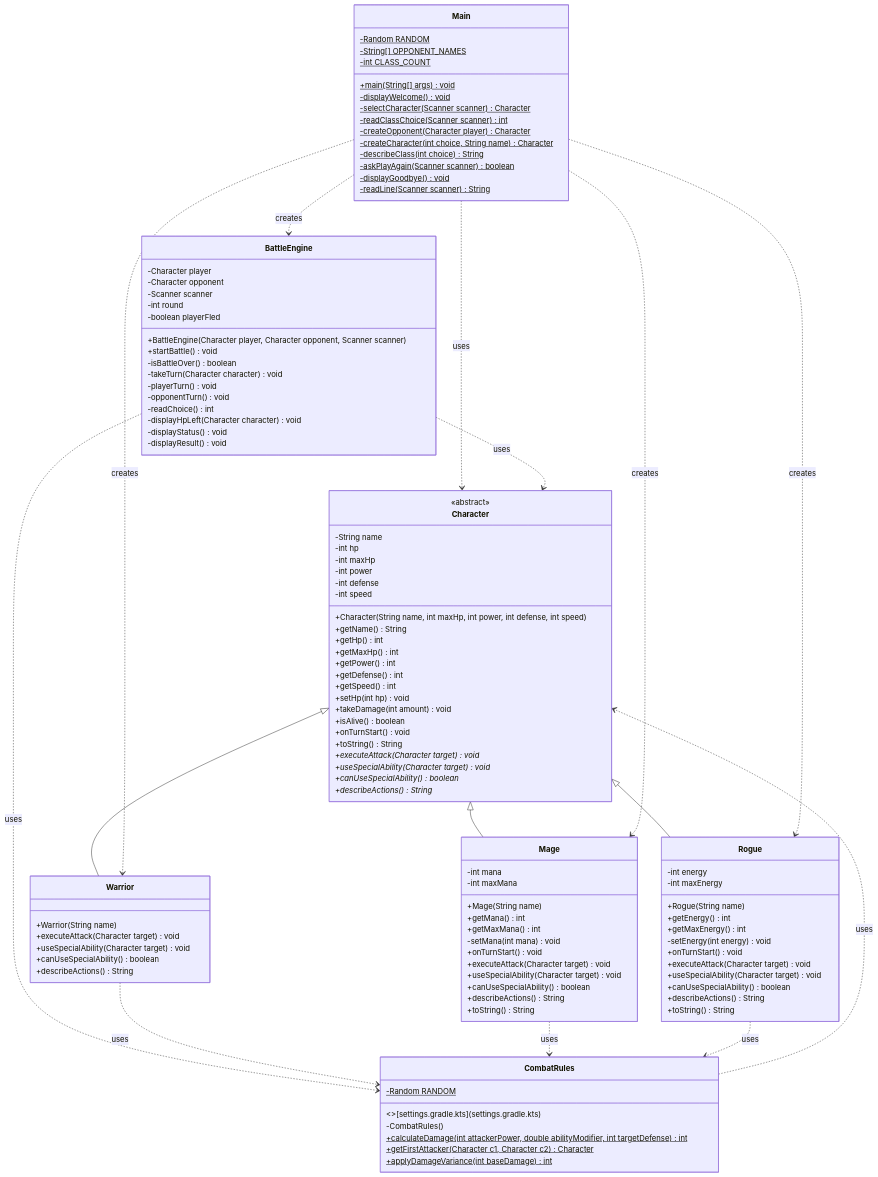
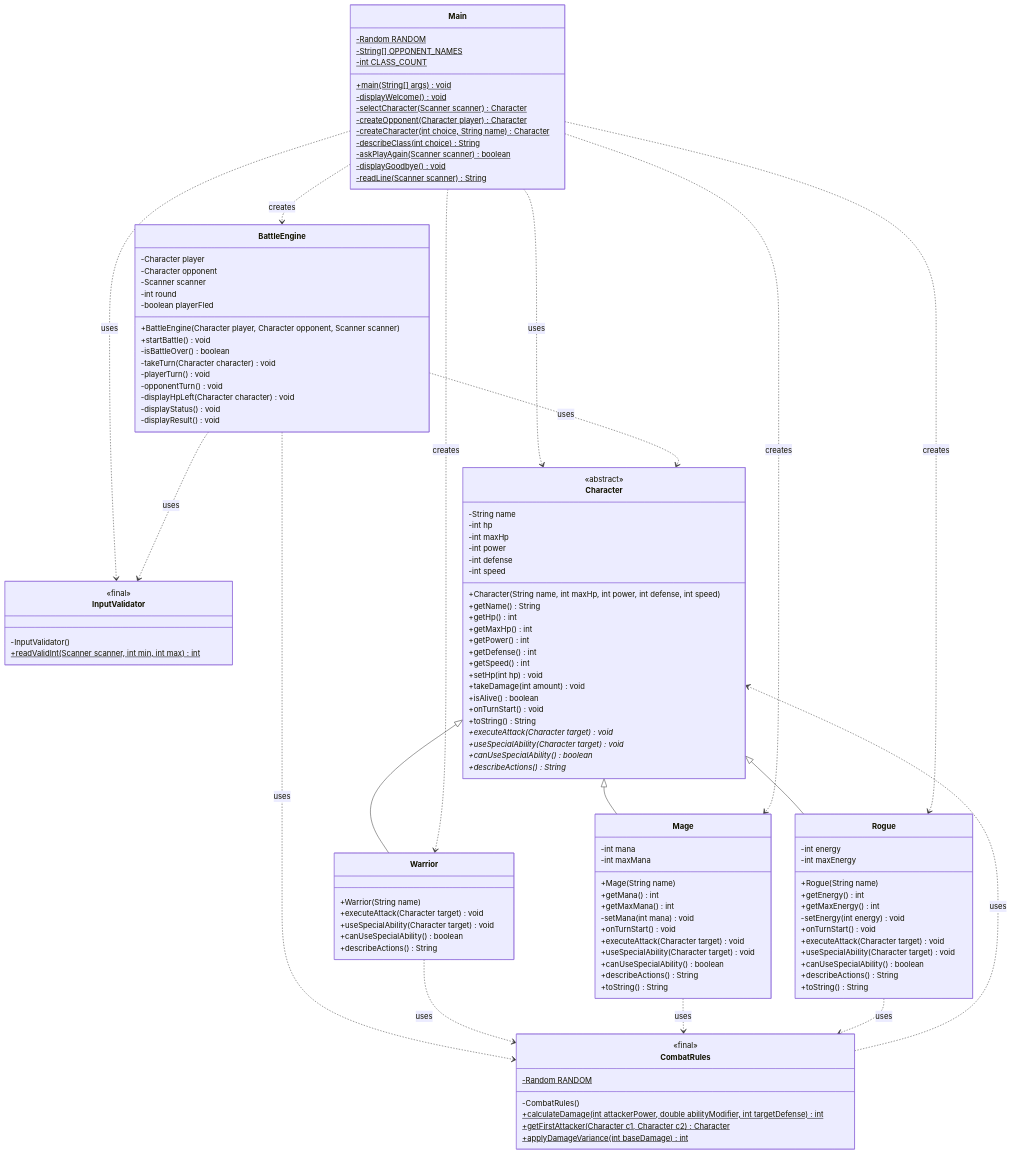
Before and after one commit to Bilaljanir/JavaGame: the diagram in README.md, drawn with Mermaid.

Commit message:
docs: add InputValidator to class diagram

```diff
--- a/README.md
+++ b/README.md
@@ -32,7 +32,6 @@
         +main(String[] args)$ void
         -displayWelcome()$ void
         -selectCharacter(Scanner scanner)$ Character
-        -readClassChoice(Scanner scanner)$ int
         -createOpponent(Character player)$ Character
         -createCharacter(int choice, String name)$ Character
         -describeClass(int choice)$ String
@@ -53,10 +52,15 @@
         -takeTurn(Character character) void
         -playerTurn() void
         -opponentTurn() void
-        -readChoice() int
         -displayHpLeft(Character character) void
         -displayStatus() void
         -displayResult() void
+    }
+
+    class InputValidator {
+        <<final>>
+        -InputValidator()
+        +readValidInt(Scanner scanner, int min, int max)$ int
     }
 
     class Character {
@@ -124,7 +128,7 @@
     }
 
     class CombatRules {
-        <<final>>[settings.gradle.kts](settings.gradle.kts)
+        <<final>>
         -Random RANDOM$
         -CombatRules()
         +calculateDamage(int attackerPower, double abilityModifier, int targetDefense)$ int
@@ -143,6 +147,8 @@
     Main ..> Character : uses
     BattleEngine ..> Character : uses
     BattleEngine ..> CombatRules : uses
+    Main ..> InputValidator : uses
+    BattleEngine ..> InputValidator : uses
     Warrior ..> CombatRules : uses
     Mage ..> CombatRules : uses
     Rogue ..> CombatRules : uses
```
